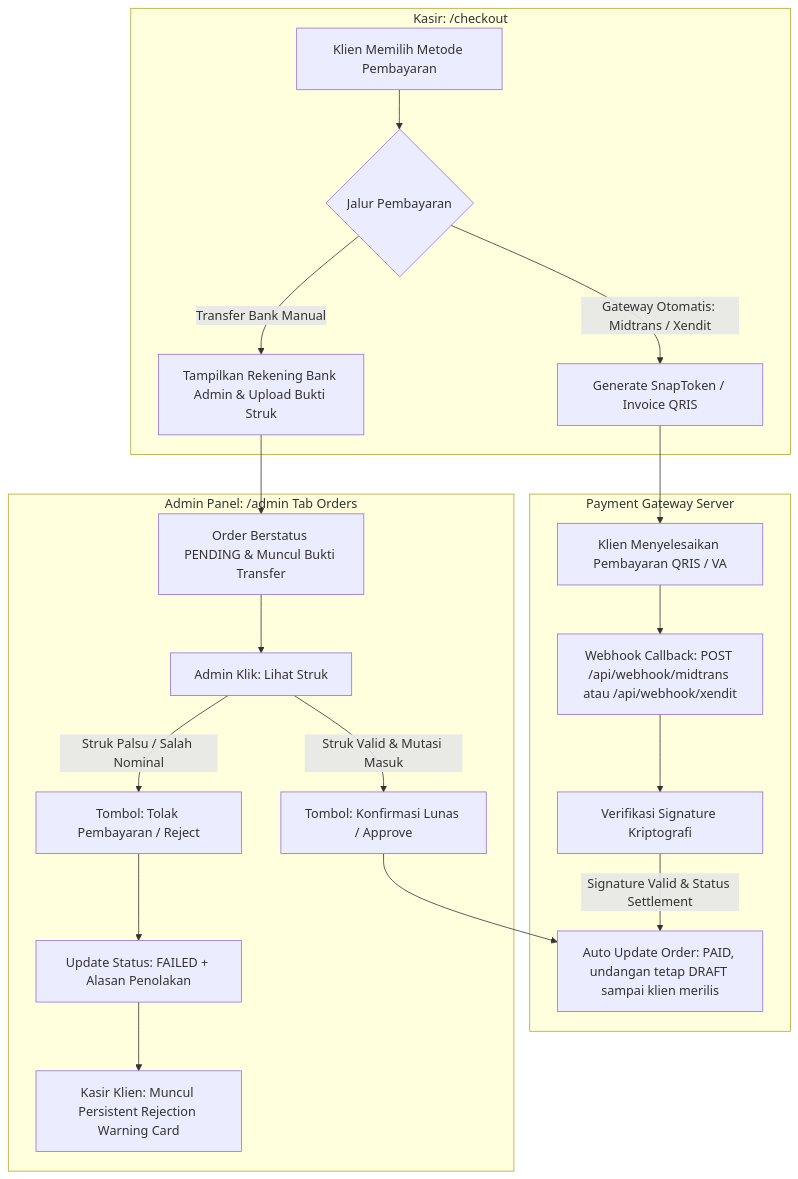
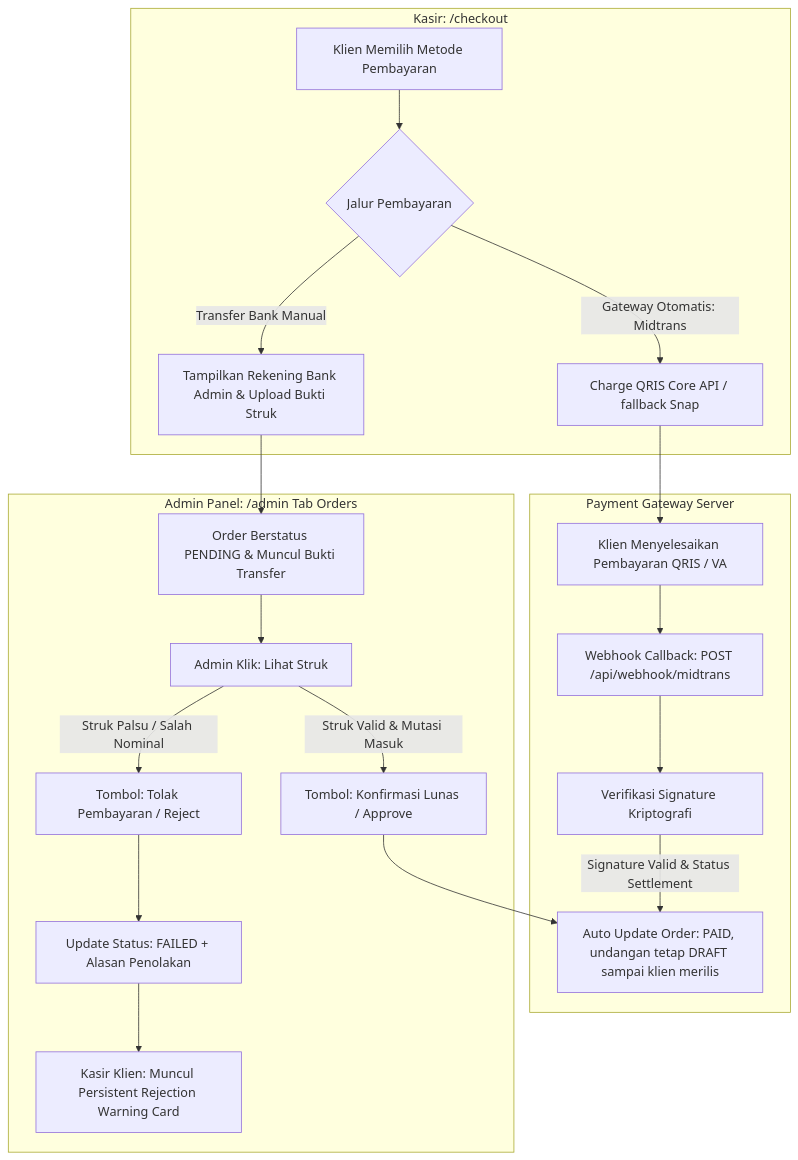
The diagram in docs/admin/MANAJEMEN_TRANSAKSI_DAN_GATEWAY.md (armansyam/luxenary-invite), drawn with Mermaid before and after one commit. The commit also changed other lines of this file and 12 other files, not shown here.

First line of the commit message:
docs: drop removed Xendit gateway, record Midtrans production status

````diff
--- a/docs/admin/MANAJEMEN_TRANSAKSI_DAN_GATEWAY.md
+++ b/docs/admin/MANAJEMEN_TRANSAKSI_DAN_GATEWAY.md
@@ -12,25 +12,25 @@
 ```mermaid
 flowchart TD
     subgraph KasirCheckout [Kasir: /checkout]
         A[Klien Memilih Metode Pembayaran] --> B{Jalur Pembayaran}
-        B -->|Gateway Otomatis: Midtrans / Xendit| C[Generate SnapToken / Invoice QRIS]
+        B -->|Gateway Otomatis: Midtrans| C[Charge QRIS Core API / fallback Snap]
         B -->|Transfer Bank Manual| D[Tampilkan Rekening Bank Admin & Upload Bukti Struk]
     end
     
     subgraph GatewayOtomatis [Payment Gateway Server]
         C --> E[Klien Menyelesaikan Pembayaran QRIS / VA]
-        E --> F[Webhook Callback: POST /api/webhook/midtrans atau /api/webhook/xendit]
+        E --> F[Webhook Callback: POST /api/webhook/midtrans]
         F --> G[Verifikasi Signature Kriptografi]
         G -->|Signature Valid & Status Settlement| H[Auto Update Order: PAID, undangan tetap DRAFT sampai klien merilis]
     end
     
     subgraph AdminConsole [Admin Panel: /admin Tab Orders]
         D --> I[Order Berstatus PENDING & Muncul Bukti Transfer]
         I --> J[Admin Klik: Lihat Struk]
         J -->|Struk Valid & Mutasi Masuk| K[Tombol: Konfirmasi Lunas / Approve]
         K --> H
         J -->|Struk Palsu / Salah Nominal| L[Tombol: Tolak Pembayaran / Reject]
         L --> M[Update Status: FAILED + Alasan Penolakan]
         M --> N[Kasir Klien: Muncul Persistent Rejection Warning Card]
     end
 ```
````
